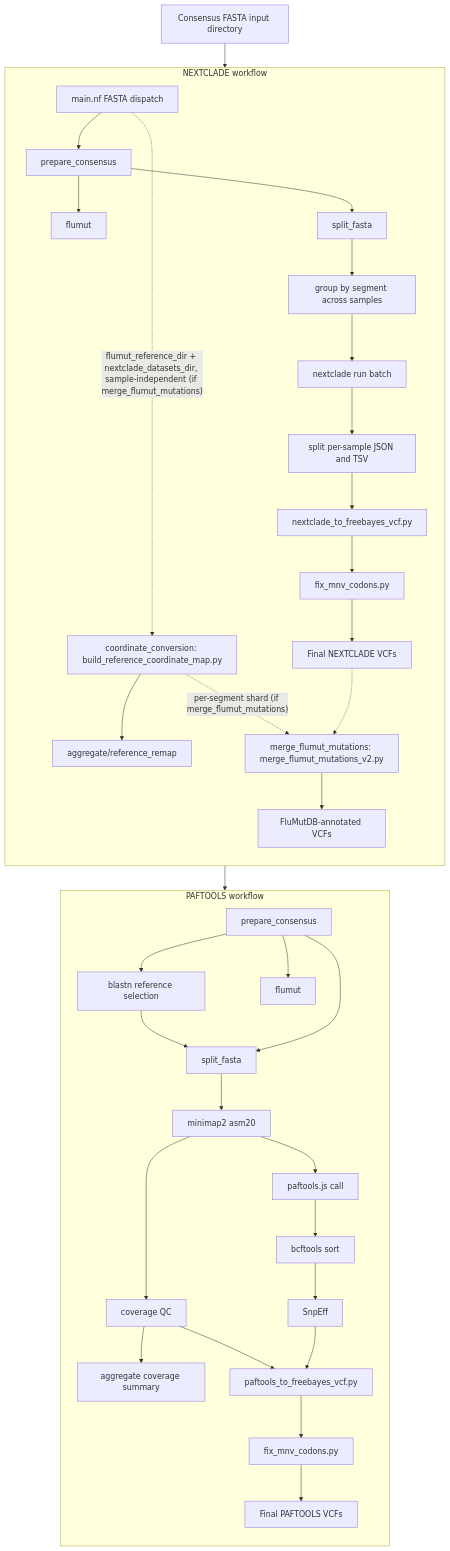
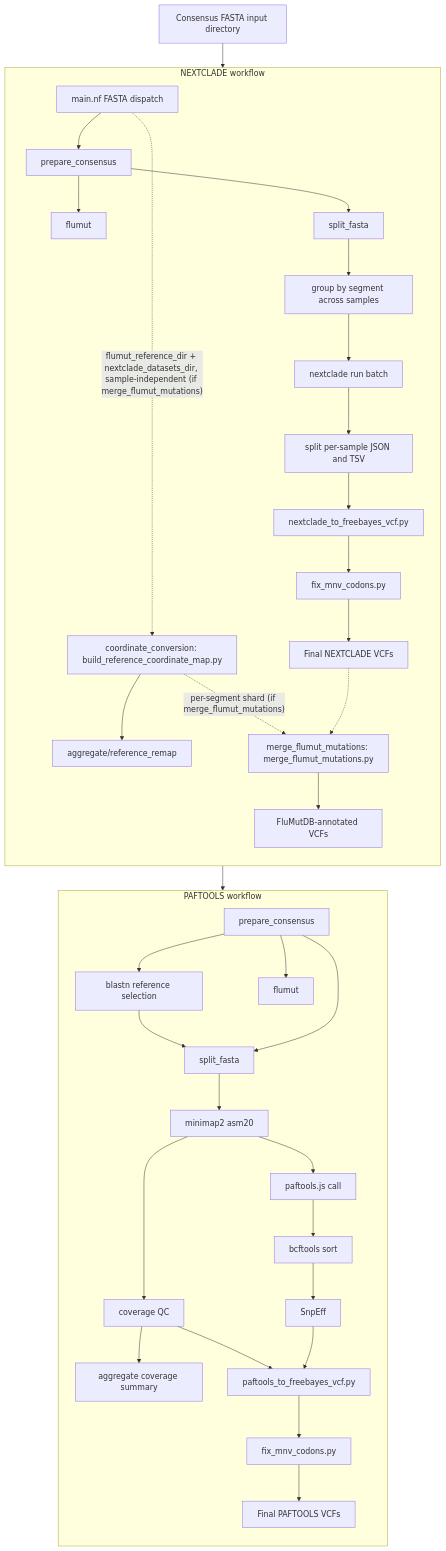
The diagram in README.md (BCCDC-PHL/fluscan-nf), drawn with Mermaid before and after one commit. The commit also changed 6 other files, not shown here.

First line of the commit message:
Rename merge_flumut_mutations_v2.py to merge_flumut_mutations.py

````diff
--- a/README.md
+++ b/README.md
@@ -44,72 +44,72 @@
 ```mermaid
 flowchart TD
     input[Consensus FASTA input directory]
     dispatch[main.nf FASTA dispatch]
 
     input --> dispatch
     dispatch --> paftools_prepare
     dispatch --> nextclade_prepare
 
     subgraph PAFTOOLS[PAFTOOLS workflow]
         direction TB
         paftools_prepare[prepare_consensus]
         paftools_flumut[flumut]
         blastn[blastn reference selection]
         split_ref[split_fasta]
         minimap[minimap2 asm20]
         covqc[coverage QC]
         covagg[aggregate coverage summary]
         paftools_call[paftools.js call]
         sortvcf[bcftools sort]
         snpeff[SnpEff]
         paf2fb[paftools_to_freebayes_vcf.py]
         fixmnv_paf[fix_mnv_codons.py]
         paf_final[Final PAFTOOLS VCFs]
 
         paftools_prepare --> blastn
         paftools_prepare --> paftools_flumut
         paftools_prepare --> split_ref
         blastn --> split_ref
         split_ref --> minimap
         minimap --> covqc
         covqc --> covagg
         minimap --> paftools_call
         paftools_call --> sortvcf
         sortvcf --> snpeff
         snpeff --> paf2fb
         covqc --> paf2fb
         paf2fb --> fixmnv_paf
         fixmnv_paf --> paf_final
     end
 
     subgraph NEXTCLADE[NEXTCLADE workflow]
         direction TB
         nextclade_prepare[prepare_consensus]
         nextclade_flumut[flumut]
         split_consensus[split_fasta]
         groupseg[group by segment across samples]
         nc_run[nextclade run batch]
         split_results[split per-sample JSON and TSV]
         nc2vcf[nextclade_to_freebayes_vcf.py]
         fixmnv_nc[fix_mnv_codons.py]
         nc_final[Final NEXTCLADE VCFs]
         coord_map[coordinate_conversion: build_reference_coordinate_map.py]
         coord_final[aggregate/reference_remap]
-        flumut_merge[merge_flumut_mutations: merge_flumut_mutations_v2.py]
+        flumut_merge[merge_flumut_mutations: merge_flumut_mutations.py]
         flumut_merged[FluMutDB-annotated VCFs]
 
         nextclade_prepare --> nextclade_flumut
         nextclade_prepare --> split_consensus
         split_consensus --> groupseg
         groupseg --> nc_run
         nc_run --> split_results
         split_results --> nc2vcf
         nc2vcf --> fixmnv_nc
         fixmnv_nc --> nc_final
         dispatch -.->|"flumut_reference_dir + nextclade_datasets_dir, sample-independent (if merge_flumut_mutations)"| coord_map
         coord_map --> coord_final
         coord_map -.->|"per-segment shard (if merge_flumut_mutations)"| flumut_merge
         nc_final -.-> flumut_merge
         flumut_merge --> flumut_merged
     end
 ```
````
